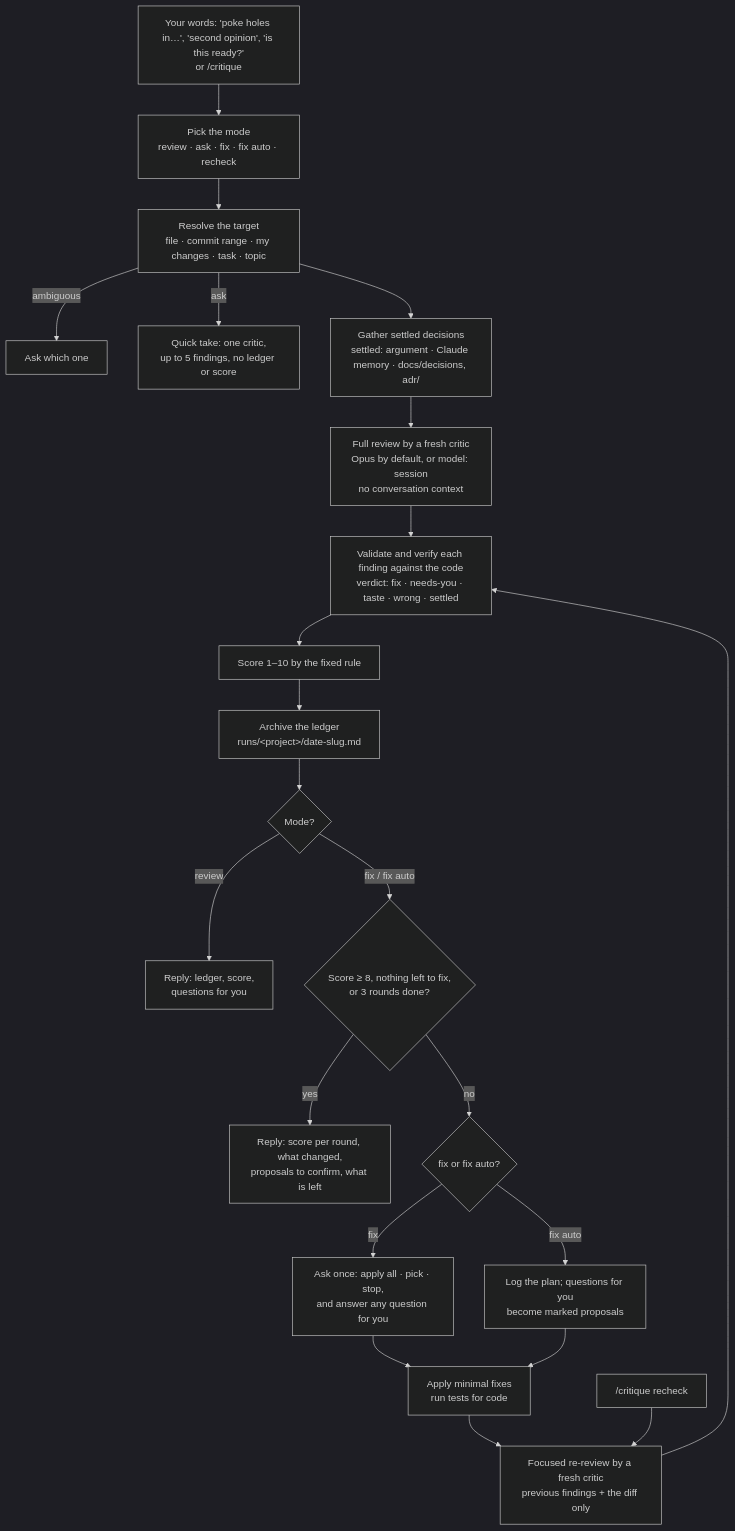
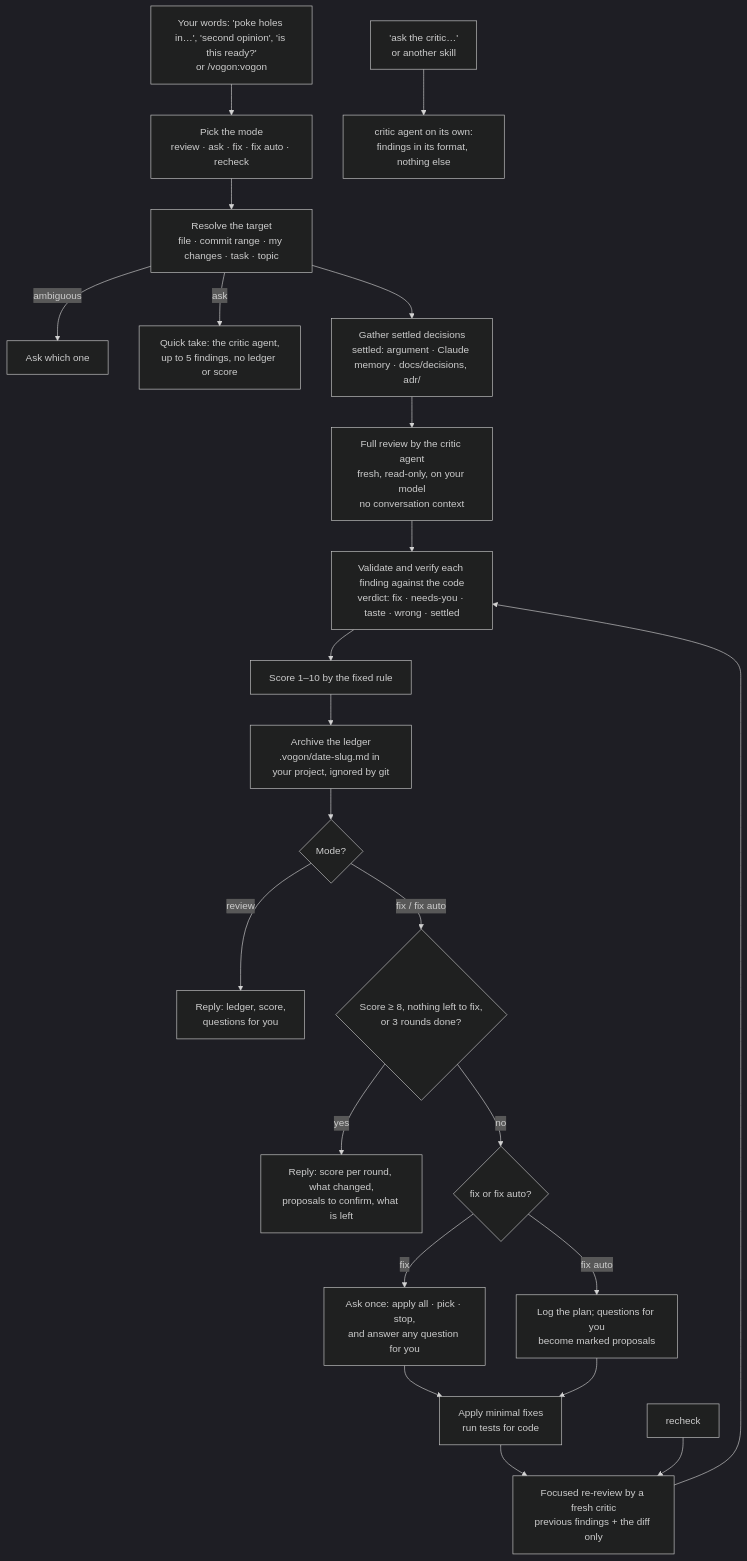
One commit to vjfrosty/vogon changed the diagram in README.md. Above: the diagram before and after it, drawn with Mermaid (dark theme). The commit also changed other lines of this file and 10 other files, not shown here.

Commit message:
Ship as the vogon plugin with a read-only critic agent on the user's model, ledgers in a git-ignored .vogon folder saved without prompts by a scoped hook, version 0.0.1

````diff
--- a/README.md
+++ b/README.md
@@ -71,24 +101,25 @@
 ```mermaid
 flowchart TD
-    U["Your words: 'poke holes in…', 'second opinion', 'is this ready?'<br/>or /critique"] --> MO["Pick the mode<br/>review · ask · fix · fix auto · recheck"]
+    U["Your words: 'poke holes in…', 'second opinion', 'is this ready?'<br/>or /vogon:vogon"] --> MO["Pick the mode<br/>review · ask · fix · fix auto · recheck"]
     MO --> B["Resolve the target<br/>file · commit range · my changes · task · topic"]
     B -->|ambiguous| ASK1["Ask which one"]
-    B -->|ask| QK["Quick take: one critic,<br/>up to 5 findings, no ledger or score"]
+    B -->|ask| QK["Quick take: the critic agent,<br/>up to 5 findings, no ledger or score"]
     B --> C["Gather settled decisions<br/>settled: argument · Claude memory · docs/decisions, adr/"]
-    C --> D["Full review by a fresh critic<br/>Opus by default, or model: session<br/>no conversation context"]
+    C --> D["Full review by the critic agent<br/>fresh, read-only, on your model<br/>no conversation context"]
     D --> V["Validate and verify each finding against the code<br/>verdict: fix · needs-you · taste · wrong · settled"]
     V --> I["Score 1–10 by the fixed rule"]
-    I --> J["Archive the ledger<br/>runs/&lt;project&gt;/date-slug.md"]
+    I --> J["Archive the ledger<br/>.vogon/date-slug.md in your project, ignored by git"]
     J --> K{"Mode?"}
     K -->|review| R["Reply: ledger, score,<br/>questions for you"]
     K -->|fix / fix auto| L{"Score ≥ 8, nothing left to fix,<br/>or 3 rounds done?"}
     L -->|yes| S["Reply: score per round, what changed,<br/>proposals to confirm, what is left"]
     L -->|no| N{"fix or fix auto?"}
     N -->|fix| O["Ask once: apply all · pick · stop,<br/>and answer any question for you"]
     N -->|fix auto| P["Log the plan; questions for you<br/>become marked proposals"]
     O --> Q["Apply minimal fixes<br/>run tests for code"]
     P --> Q
     Q --> F["Focused re-review by a fresh critic<br/>previous findings + the diff only"]
     F --> V
-    RC["/critique recheck"] --> F
+    RC["recheck"] --> F
+    AG["'ask the critic…'<br/>or another skill"] --> CR["critic agent on its own:<br/>findings in its format, nothing else"]
 ```
````
